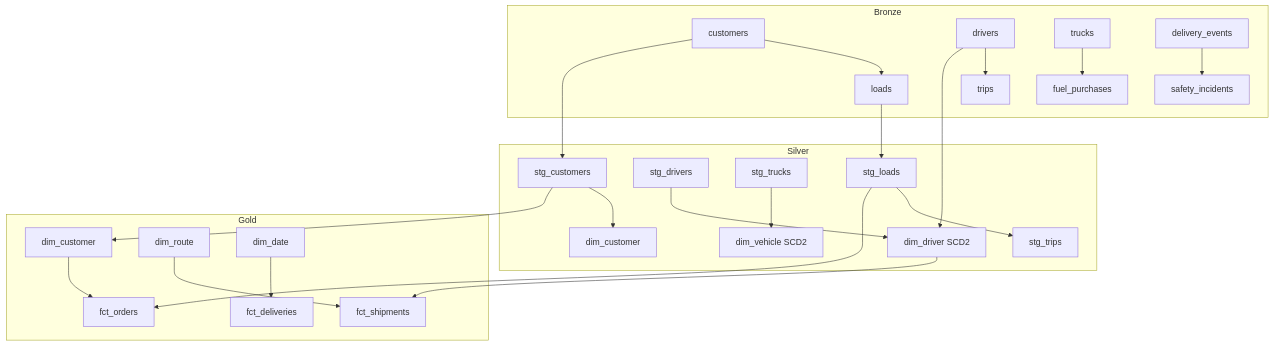
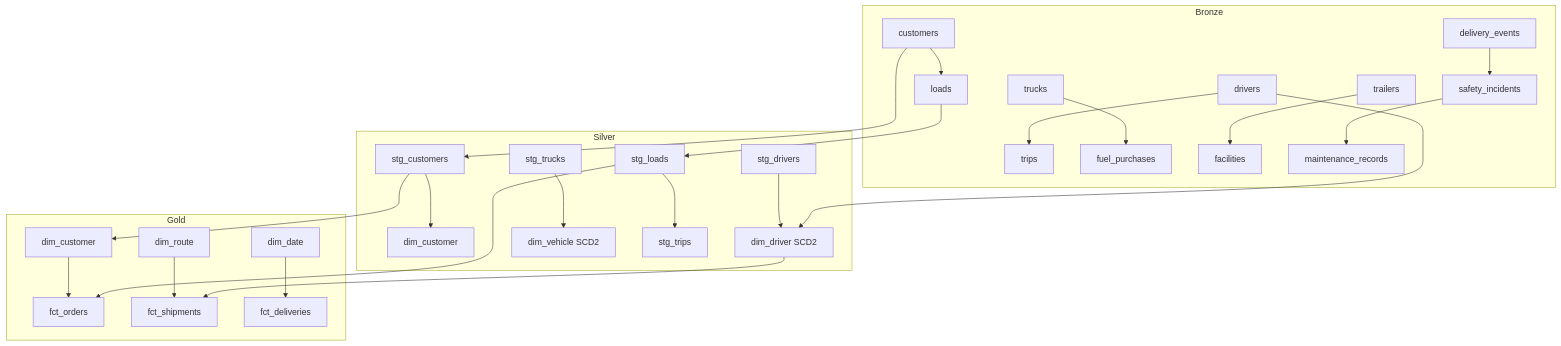
The second of 4 diagrams in ARCHITECTURE.md (Nitinx12/Logistics-Medallion-Pipeline), drawn with Mermaid before and after one commit. The commit also changed other lines of this file and 19 other files, not shown here.

First line of the commit message:
fix(pipeline): resolve lint, dbt parse, and metrics schema errors

````diff
--- a/ARCHITECTURE.md
+++ b/ARCHITECTURE.md
@@ -67,23 +70,25 @@
 ```mermaid
 flowchart TB
     subgraph Bronze
         B_CUST[customers] --> B_LOAD[loads]
         B_DRIV[drivers] --> B_TRIP[trips]
         B_TRUCK[trucks] --> B_FUEL[fuel_purchases]
+        B_TRAIL[trailers] --> B_FAC[facilities]
         B_MONGO[delivery_events] --> B_SAFETY[safety_incidents]
+        B_SAFETY --> B_MAINT[maintenance_records]
     end
     subgraph Silver
         S_CUST[stg_customers] --> S_DIMCUST[dim_customer]
         S_DRIV[stg_drivers] --> S_SCDD[dim_driver SCD2]
         S_TRUCK[stg_trucks] --> S_SCDV[dim_vehicle SCD2]
         S_LOAD[stg_loads] --> S_TRIP[stg_trips]
     end
     subgraph Gold
         G_DIMC[dim_customer] --> G_FCTO[fct_orders]
         G_DIMR[dim_route] --> G_FCTS[fct_shipments]
         G_DIMD[dim_date] --> G_FCTD[fct_deliveries]
     end
     B_CUST --> S_CUST --> G_DIMC
     B_DRIV --> S_SCDD --> G_FCTS
     B_LOAD --> S_LOAD --> G_FCTO
 ```
````
